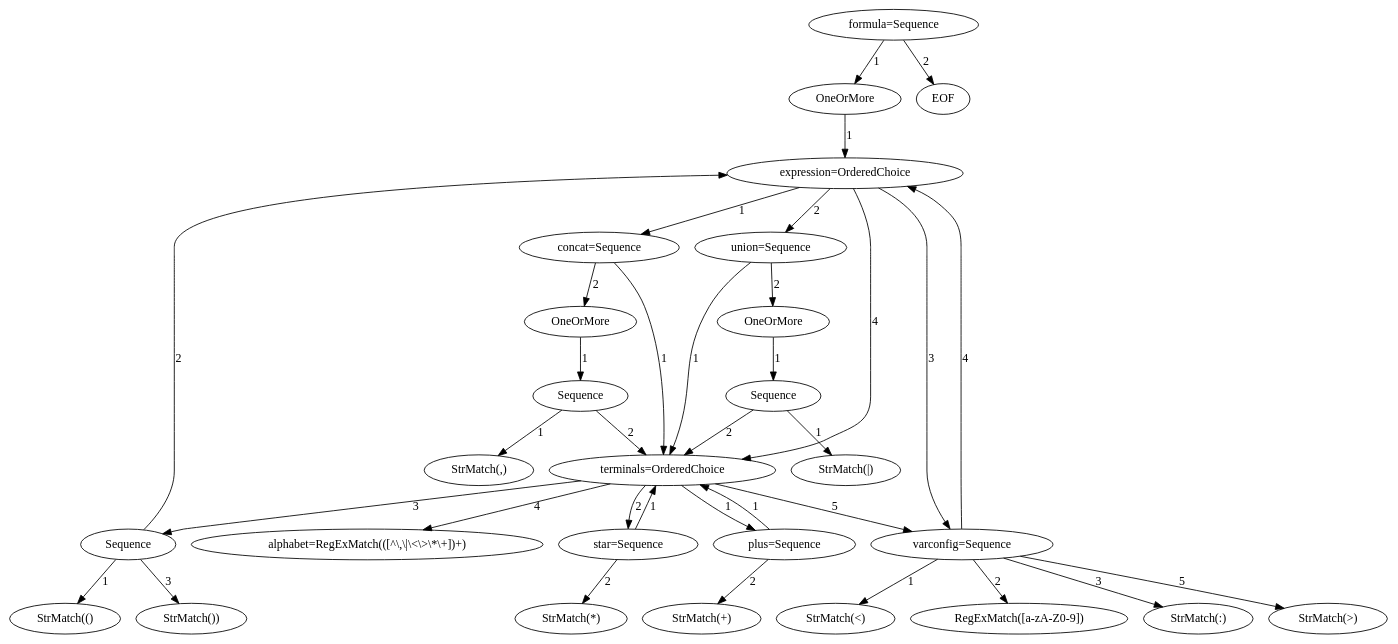
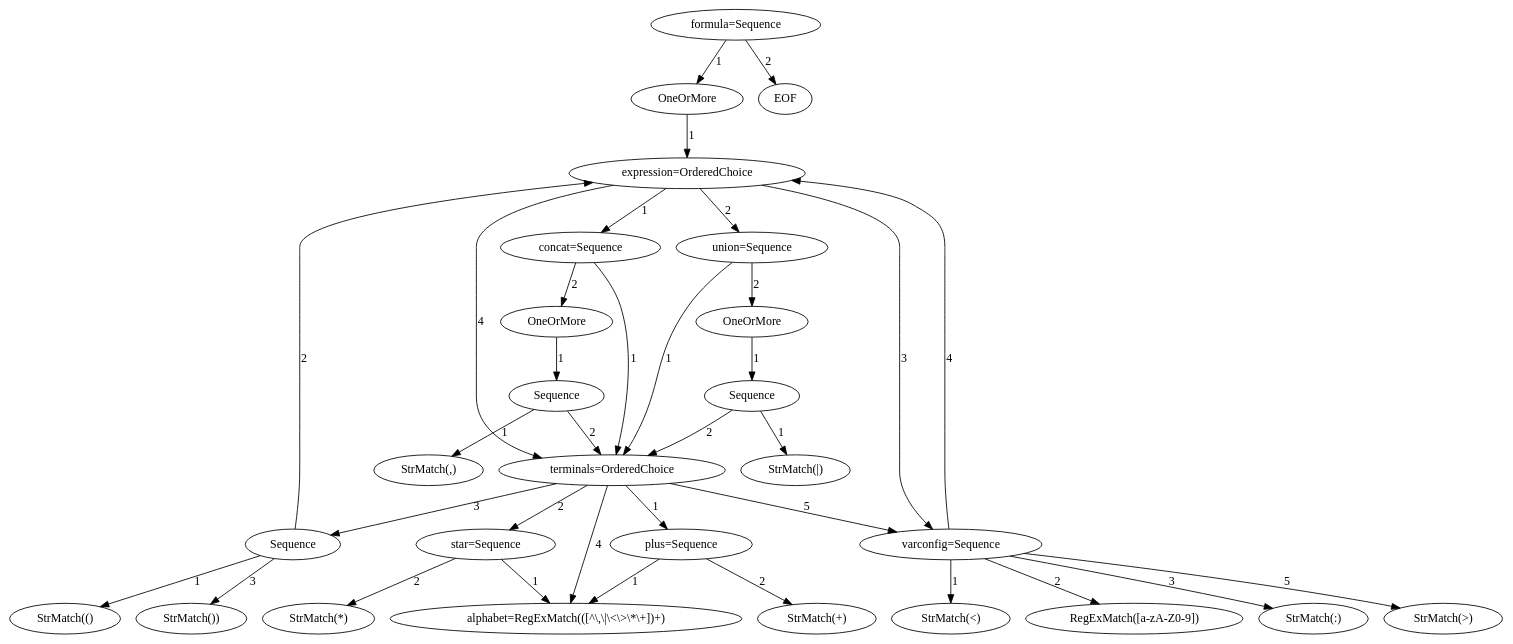
The diagram in formula_parser_model.dot (yipsimon/DocumentSpanners_MSc), drawn with Graphviz before and after one commit. The commit also changed 16 other files, not shown here.

```diff
--- a/formula_parser_model.dot
+++ b/formula_parser_model.dot
@@ -1,96 +1,96 @@
 digraph arpeggio_graph {
-140060072292080 [label="formula=Sequence"];
-140060072292080->140060072292024 [label="1"]
+140047018957568 [label="formula=Sequence"];
+140047018957568->140047018957512 [label="1"]
 
-140060072292024 [label="OneOrMore"];
-140060072292024->140060070736616 [label="1"]
+140047018957512 [label="OneOrMore"];
+140047018957512->140047018180504 [label="1"]
 
-140060070736616 [label="expression=OrderedChoice"];
-140060070736616->140060059144936 [label="1"]
+140047018180504 [label="expression=OrderedChoice"];
+140047018180504->140047006159592 [label="1"]
 
-140060059144936 [label="concat=Sequence"];
-140060059144936->140060059145272 [label="1"]
+140047006159592 [label="concat=Sequence"];
+140047006159592->140047006159928 [label="1"]
 
-140060059145272 [label="terminals=OrderedChoice"];
-140060059145272->140060059144992 [label="1"]
+140047006159928 [label="terminals=OrderedChoice"];
+140047006159928->140047006159648 [label="1"]
 
-140060059144992 [label="plus=Sequence"];
-140060059144992->140060059145272 [label="1"]
+140047006159648 [label="plus=Sequence"];
+140047006159648->140047006160768 [label="1"]
 
-140060059144992->140060059146000 [label="2"]
+140047006160768 [label="alphabet=RegExMatch(([^\\,\\|\\<\\>\\*\\+])+)"];
+140047006159648->140047006160656 [label="2"]
 
-140060059146000 [label="StrMatch(+)"];
-140060059145272->140060059145048 [label="2"]
+140047006160656 [label="StrMatch(+)"];
+140047006159928->140047006159704 [label="2"]
 
-140060059145048 [label="star=Sequence"];
-140060059145048->140060059145272 [label="1"]
+140047006159704 [label="star=Sequence"];
+140047006159704->140047006160768 [label="1"]
 
-140060059145048->140060059147792 [label="2"]
+140047006159704->140047006162504 [label="2"]
 
-140060059147792 [label="StrMatch(*)"];
-140060059145272->140060059145384 [label="3"]
+140047006162504 [label="StrMatch(*)"];
+140047006159928->140047006160040 [label="3"]
 
-140060059145384 [label="Sequence"];
-140060059145384->140060059147848 [label="1"]
+140047006160040 [label="Sequence"];
+140047006160040->140047006162784 [label="1"]
 
-140060059147848 [label="StrMatch(()"];
-140060059145384->140060070736616 [label="2"]
+140047006162784 [label="StrMatch(()"];
+140047006160040->140047018180504 [label="2"]
 
-140060059145384->140060059147904 [label="3"]
+140047006160040->140047006162616 [label="3"]
 
-140060059147904 [label="StrMatch())"];
-140060059145272->140060059147960 [label="4"]
+140047006162616 [label="StrMatch())"];
+140047006159928->140047006160768 [label="4"]
 
-140060059147960 [label="alphabet=RegExMatch(([^\\,\\|\\<\\>\\*\\+])+)"];
-140060059145272->140060059148072 [label="5"]
+140047006159928->140047006162728 [label="5"]
 
-140060059148072 [label="varconfig=Sequence"];
-140060059148072->140060059148184 [label="1"]
+140047006162728 [label="varconfig=Sequence"];
+140047006162728->140047006162840 [label="1"]
 
-140060059148184 [label="StrMatch(<)"];
-140060059148072->140060059148128 [label="2"]
+140047006162840 [label="StrMatch(<)"];
+140047006162728->140047006162448 [label="2"]
 
-140060059148128 [label="RegExMatch([a-zA-Z0-9])"];
-140060059148072->140060059148016 [label="3"]
+140047006162448 [label="RegExMatch([a-zA-Z0-9])"];
+140047006162728->140047006162896 [label="3"]
 
-140060059148016 [label="StrMatch(:)"];
-140060059148072->140060070736616 [label="4"]
+140047006162896 [label="StrMatch(:)"];
+140047006162728->140047018180504 [label="4"]
 
-140060059148072->140060059197512 [label="5"]
+140047006162728->140047006208128 [label="5"]
 
-140060059197512 [label="StrMatch(>)"];
-140060059144936->140060059145216 [label="2"]
+140047006208128 [label="StrMatch(>)"];
+140047006159592->140047006159872 [label="2"]
 
-140060059145216 [label="OneOrMore"];
-140060059145216->140060059145328 [label="1"]
+140047006159872 [label="OneOrMore"];
+140047006159872->140047006159816 [label="1"]
 
-140060059145328 [label="Sequence"];
-140060059145328->140060059148240 [label="1"]
+140047006159816 [label="Sequence"];
+140047006159816->140047006162560 [label="1"]
 
-140060059148240 [label="StrMatch(,)"];
-140060059145328->140060059145272 [label="2"]
+140047006162560 [label="StrMatch(,)"];
+140047006159816->140047006159928 [label="2"]
 
-140060070736616->140060059146112 [label="2"]
+140047018180504->140047006159984 [label="2"]
 
-140060059146112 [label="union=Sequence"];
-140060059146112->140060059145272 [label="1"]
+140047006159984 [label="union=Sequence"];
+140047006159984->140047006159928 [label="1"]
 
-140060059146112->140060059145104 [label="2"]
+140047006159984->140047006159760 [label="2"]
 
-140060059145104 [label="OneOrMore"];
-140060059145104->140060059197736 [label="1"]
+140047006159760 [label="OneOrMore"];
+140047006159760->140047006208072 [label="1"]
 
-140060059197736 [label="Sequence"];
-140060059197736->140060059197624 [label="1"]
+140047006208072 [label="Sequence"];
+140047006208072->140047006208296 [label="1"]
 
-140060059197624 [label="StrMatch(|)"];
-140060059197736->140060059145272 [label="2"]
+140047006208296 [label="StrMatch(|)"];
+140047006208072->140047006159928 [label="2"]
 
-140060070736616->140060059148072 [label="3"]
+140047018180504->140047006162728 [label="3"]
 
-140060070736616->140060059145272 [label="4"]
+140047018180504->140047006159928 [label="4"]
 
-140060072292080->140060070736168 [label="2"]
+140047018957568->140047018180056 [label="2"]
 
-140060070736168 [label="EOF"];
+140047018180056 [label="EOF"];
 }
```
